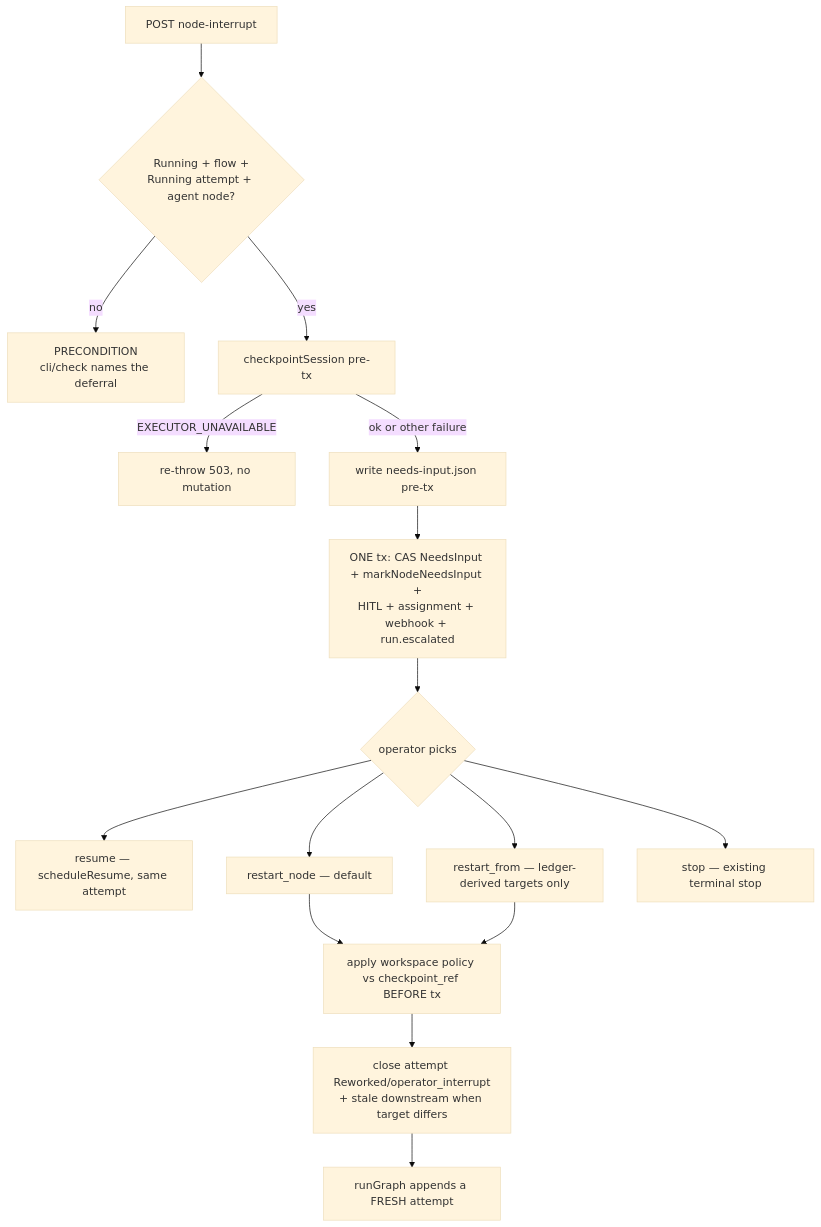
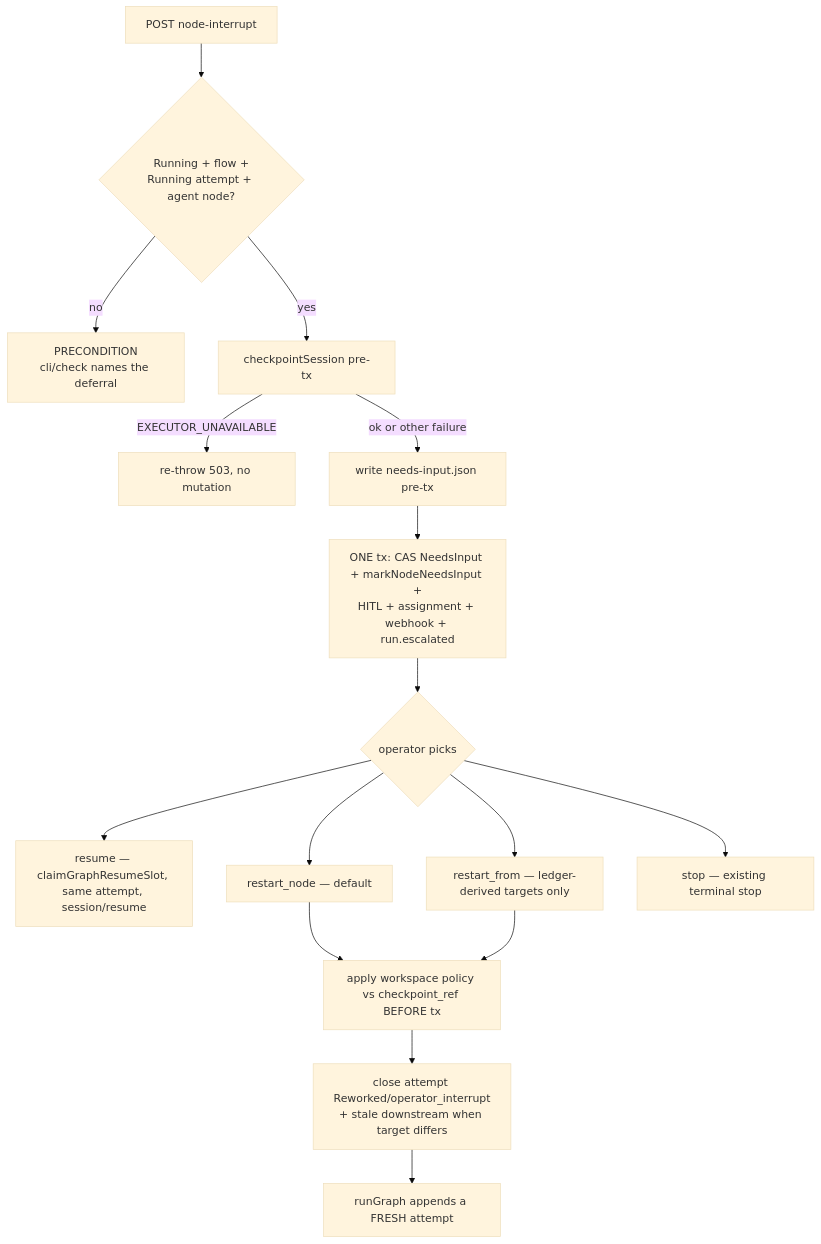
One commit to maister-dev/maister changed the fifth of 6 diagrams in docs/system-analytics/run-continuation.md. Above: the diagram before and after it, drawn with Mermaid (base theme). The commit also changed other lines of this file and 27 other files, not shown here.

````diff
--- a/docs/system-analytics/run-continuation.md
+++ b/docs/system-analytics/run-continuation.md
@@ -134,18 +144,18 @@
 ```mermaid
 flowchart TD
     A[POST node-interrupt] --> B{Running + flow +<br/>Running attempt + agent node?}
     B -- no --> C[PRECONDITION<br/>cli/check names the deferral]
     B -- yes --> D[checkpointSession pre-tx]
     D -- EXECUTOR_UNAVAILABLE --> E[re-throw 503, no mutation]
     D -- ok or other failure --> F[write needs-input.json pre-tx]
     F --> G[ONE tx: CAS NeedsInput + markNodeNeedsInput +<br/>HITL + assignment + webhook + run.escalated]
     G --> H{operator picks}
-    H --> I[resume — scheduleResume, same attempt]
+    H --> I[resume — claimGraphResumeSlot, same attempt, session/resume]
     H --> J[restart_node — default]
     H --> K[restart_from — ledger-derived targets only]
     H --> L[stop — existing terminal stop]
     J --> M[apply workspace policy vs checkpoint_ref BEFORE tx]
     K --> M
     M --> N[close attempt Reworked/operator_interrupt<br/>+ stale downstream when target differs]
     N --> O[runGraph appends a FRESH attempt]
 ```
````
